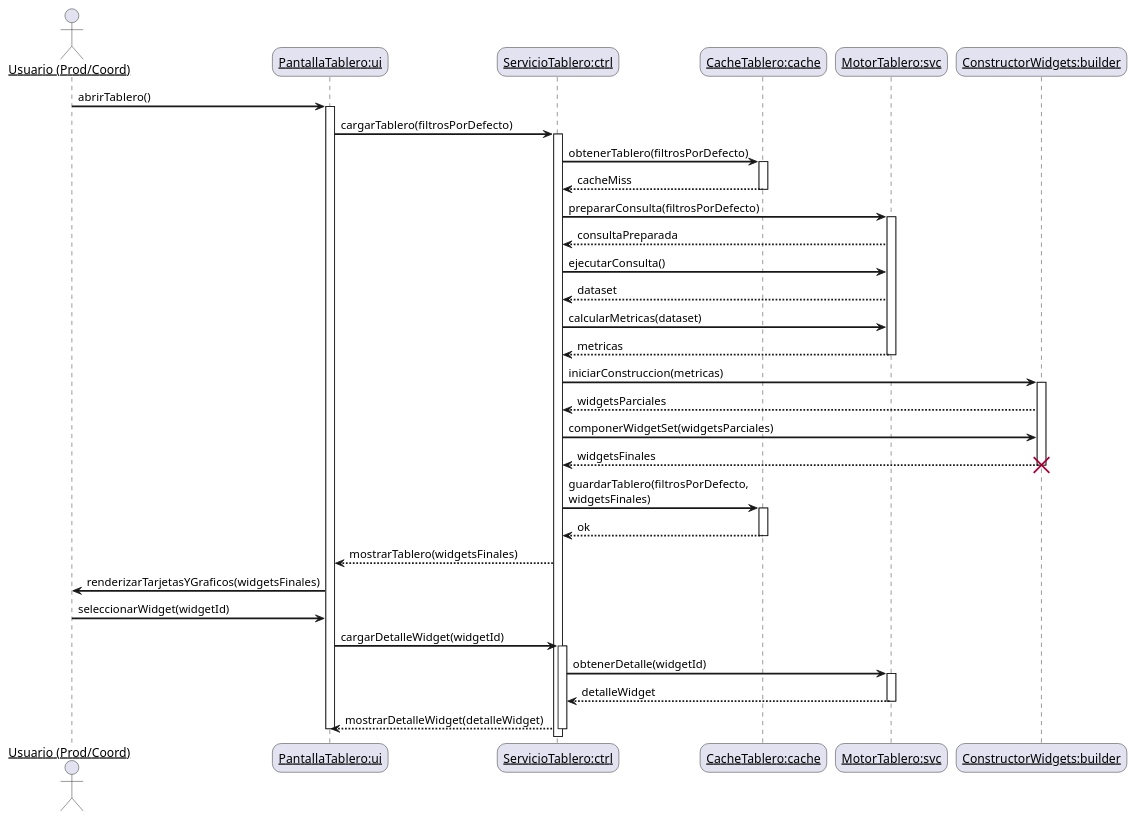
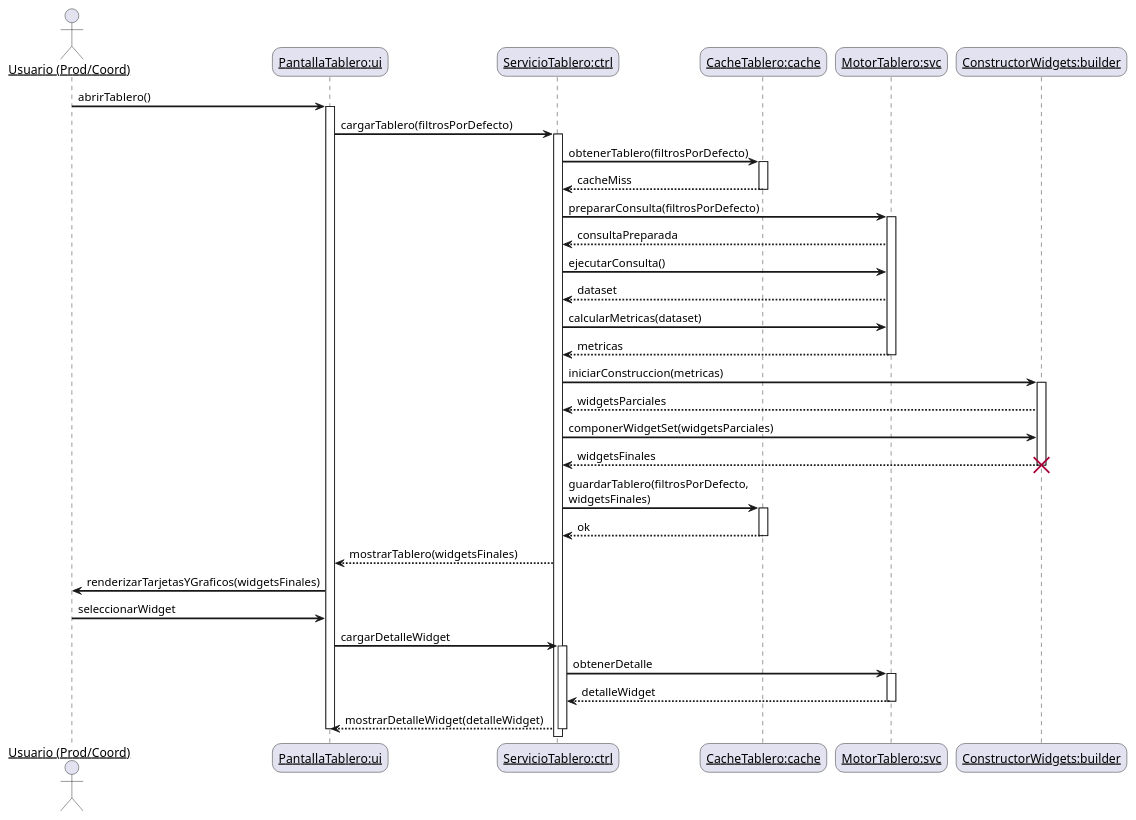
The diagram in diagramas/05-diagramas-secuencia/05-secuencia-caso-uso-06-mostrar-tablero-escenario-06.puml (dantebiondi666-prog/SistemaProductoraVideos), drawn with PlantUML before and after one commit. The commit also changed 13 other files, not shown here.

Commit message:
corrección de todos los diagramas de secuencia y del índice + changelog update

```diff
--- a/diagramas/05-diagramas-secuencia/05-secuencia-caso-uso-06-mostrar-tablero-escenario-06.puml
+++ b/diagramas/05-diagramas-secuencia/05-secuencia-caso-uso-06-mostrar-tablero-escenario-06.puml
@@ -1,68 +1,68 @@
-@startuml
+@startuml diagsecuencia06
 skinparam sequenceArrowThickness 2
 skinparam roundcorner 20
 skinparam maxmessagesize 60
 skinparam sequenceParticipant underline
 
 actor "Usuario (Prod/Coord)" as user
 participant "PantallaTablero:ui" as ui
 participant "ServicioTablero:ctrl" as ctrl
 participant "CacheTablero:cache" as cache
 participant "MotorTablero:svc" as svc
 participant "ConstructorWidgets:builder" as builder
 
 ' --- Disparo (abrir tablero) ---
 user -> ui: abrirTablero()
 activate ui
 ui -> ctrl: cargarTablero(filtrosPorDefecto)
 activate ctrl
 
 ' --- Cache (hit o miss, modelado lineal) ---
 ctrl -> cache: obtenerTablero(filtrosPorDefecto)
 activate cache
 cache --> ctrl: cacheMiss
 deactivate cache
 
 ' --- Datos y armado de widgets (lineal) ---
 ctrl -> svc: prepararConsulta(filtrosPorDefecto)
 activate svc
 svc --> ctrl: consultaPreparada
 
 ctrl -> svc: ejecutarConsulta()
 svc --> ctrl: dataset
 
 ctrl -> svc: calcularMetricas(dataset)
 svc --> ctrl: metricas
 deactivate svc
 
 ' --- Construcción de widgets (objeto temporal) ---
 ctrl -> builder: iniciarConstruccion(metricas)
 activate builder
 builder --> ctrl: widgetsParciales
 ctrl -> builder: componerWidgetSet(widgetsParciales)
 builder --> ctrl: widgetsFinales
 destroy builder
 
 ' --- Guardar en cache y mostrar ---
 ctrl -> cache: guardarTablero(filtrosPorDefecto, widgetsFinales)
 activate cache
 cache --> ctrl: ok
 deactivate cache
 
 ctrl --> ui: mostrarTablero(widgetsFinales)
 ui -> user: renderizarTarjetasYGraficos(widgetsFinales)
 
 ' --- Interacción mínima posterior (ej. seleccionar widget) ---
-user -> ui: seleccionarWidget(widgetId)
-ui -> ctrl: cargarDetalleWidget(widgetId)
+user -> ui: seleccionarWidget
+ui -> ctrl: cargarDetalleWidget
 activate ctrl
-ctrl -> svc: obtenerDetalle(widgetId)
+ctrl -> svc: obtenerDetalle
 activate svc
 svc --> ctrl: detalleWidget
 deactivate svc
 ctrl --> ui: mostrarDetalleWidget(detalleWidget)
 deactivate ctrl
 
 ' --- Cierre ---
 deactivate ui
 @enduml
```
